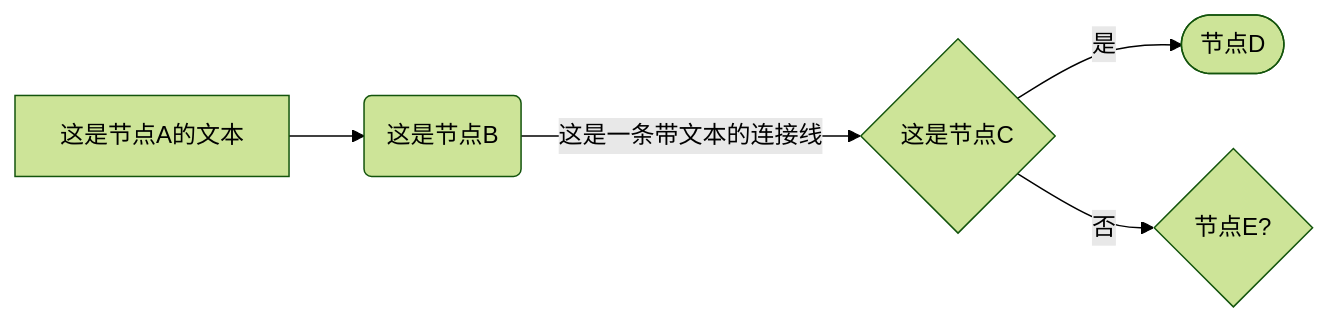
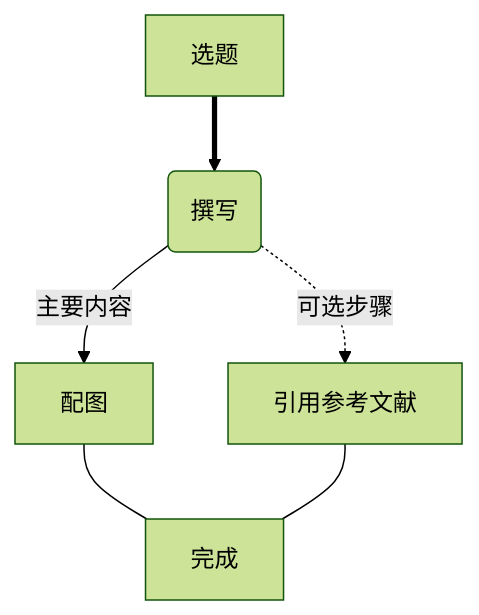
One commit to hhzh/hhzh.github.io changed the third of 11 diagrams in src/tool/Mermaid.md. Above: the diagram before and after it, drawn with Mermaid (forest theme). The commit also changed other lines of this file, not shown here.

````diff
--- a/src/tool/Mermaid.md
+++ b/src/tool/Mermaid.md
@@ -66,7 +118,8 @@
 ```mermaid
-graph LR;
-    A[这是节点A的文本] --> B(这是节点B);
-    B -- 这是一条带文本的连接线 --> C{这是节点C};
-    C -- 是 --> D([节点D]);
-    C -- 否 --> E{节点E?};
+graph TD
+    A[选题] ==> B(撰写)
+    B --主要内容--> C[配图]
+    B -.可选步骤.-> D[引用参考文献]
+    C --- E[完成]
+    D --- E
 ```
````
